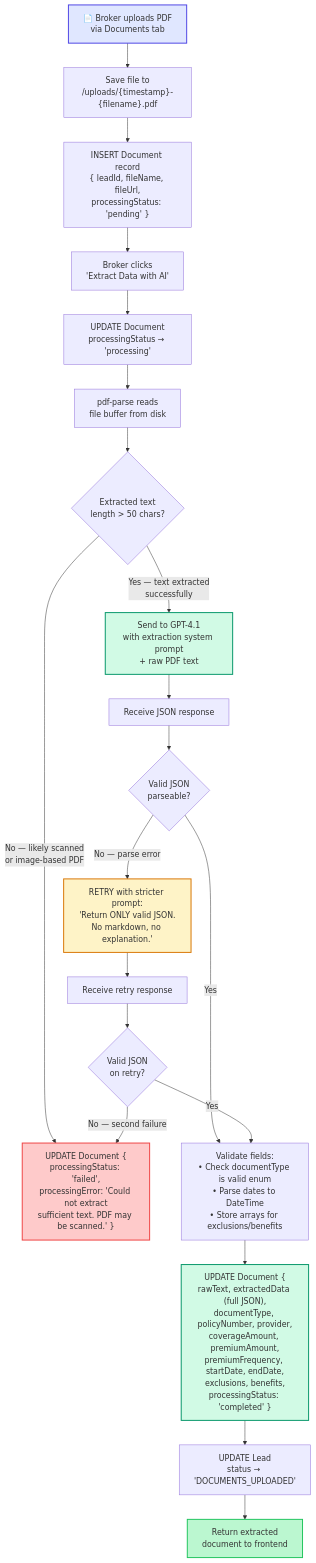
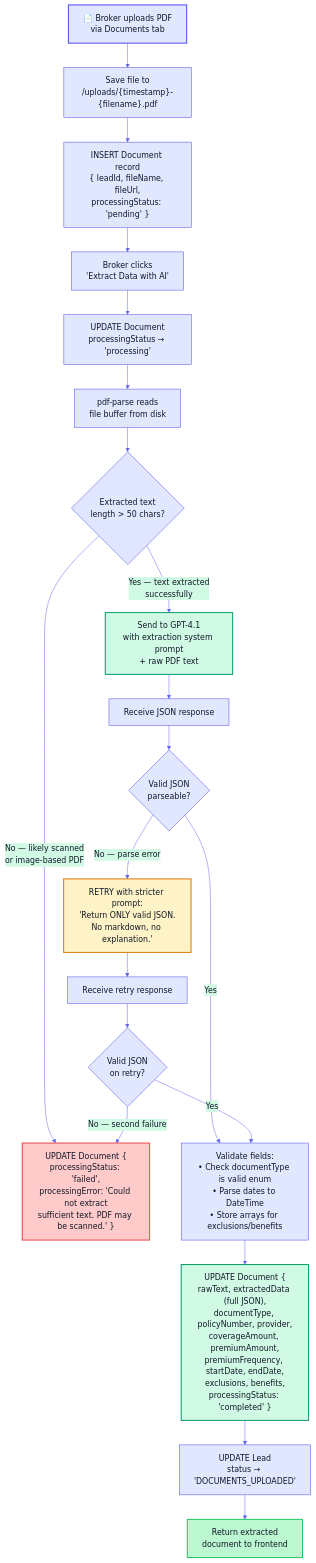
Before and after one commit to Aarav238/secureLife-ai: the third of 3 diagrams in diagrams/lead-capture-flow.md, drawn with Mermaid. The commit also changed other lines of this file and 2 other files, not shown here.

Commit message:
feat: update diagrams with consistent theme variables for improved styling and clarity

````diff
--- a/diagrams/lead-capture-flow.md
+++ b/diagrams/lead-capture-flow.md
@@ -163,42 +165,43 @@
 ```mermaid
+%%{init: {'theme': 'base', 'themeVariables': {'primaryColor': '#e0e7ff', 'primaryTextColor': '#111827', 'primaryBorderColor': '#4f46e5', 'lineColor': '#6366f1', 'secondaryColor': '#d1fae5', 'tertiaryColor': '#fef3c7', 'nodeTextColor': '#111827'}}}%%
 flowchart TD
     A["📄 Broker uploads PDF<br/>via Documents tab"] --> B["Save file to<br/>/uploads/{timestamp}-{filename}.pdf"]
     B --> C["INSERT Document record<br/>{ leadId, fileName, fileUrl,<br/>processingStatus: 'pending' }"]
 
     C --> D["Broker clicks<br/>'Extract Data with AI'"]
 
     D --> E["UPDATE Document<br/>processingStatus → 'processing'"]
     E --> F["pdf-parse reads<br/>file buffer from disk"]
 
     F --> G{"Extracted text<br/>length > 50 chars?"}
 
     G -->|"No — likely scanned<br/>or image-based PDF"| H["UPDATE Document {<br/>processingStatus: 'failed',<br/>processingError: 'Could not extract<br/>sufficient text. PDF may be scanned.' }"]
 
     G -->|"Yes — text extracted<br/>successfully"| I["Send to GPT-4.1<br/>with extraction system prompt<br/>+ raw PDF text"]
 
     I --> J["Receive JSON response"]
     J --> K{"Valid JSON<br/>parseable?"}
 
     K -->|"Yes"| L["Validate fields:<br/>• Check documentType is valid enum<br/>• Parse dates to DateTime<br/>• Store arrays for exclusions/benefits"]
 
     K -->|"No — parse error"| M["RETRY with stricter prompt:<br/>'Return ONLY valid JSON.<br/>No markdown, no explanation.'"]
 
     M --> N["Receive retry response"]
     N --> O{"Valid JSON<br/>on retry?"}
 
     O -->|"Yes"| L
     O -->|"No — second failure"| H
 
     L --> P["UPDATE Document {<br/>rawText, extractedData (full JSON),<br/>documentType, policyNumber, provider,<br/>coverageAmount, premiumAmount,<br/>premiumFrequency, startDate, endDate,<br/>exclusions, benefits,<br/>processingStatus: 'completed' }"]
 
     P --> Q["UPDATE Lead<br/>status → 'DOCUMENTS_UPLOADED'"]
 
     Q --> R["Return extracted<br/>document to frontend"]
 
-    style A fill:#e0e7ff,stroke:#4f46e5,stroke-width:2px
-    style H fill:#fecaca,stroke:#ef4444,stroke-width:2px
-    style I fill:#d1fae5,stroke:#059669,stroke-width:2px
-    style M fill:#fef3c7,stroke:#d97706,stroke-width:2px
-    style P fill:#d1fae5,stroke:#059669,stroke-width:2px
-    style R fill:#bbf7d0,stroke:#22c55e,stroke-width:2px
+    style A fill:#e0e7ff,stroke:#4f46e5,stroke-width:2px,color:#111827
+    style H fill:#fecaca,stroke:#ef4444,stroke-width:2px,color:#111827
+    style I fill:#d1fae5,stroke:#059669,stroke-width:2px,color:#111827
+    style M fill:#fef3c7,stroke:#d97706,stroke-width:2px,color:#111827
+    style P fill:#d1fae5,stroke:#059669,stroke-width:2px,color:#111827
+    style R fill:#bbf7d0,stroke:#22c55e,stroke-width:2px,color:#111827
 ```
````
